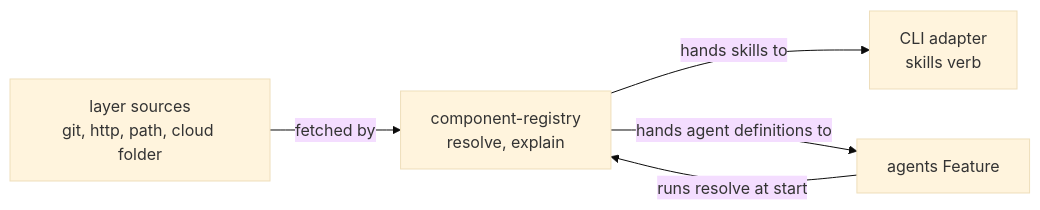
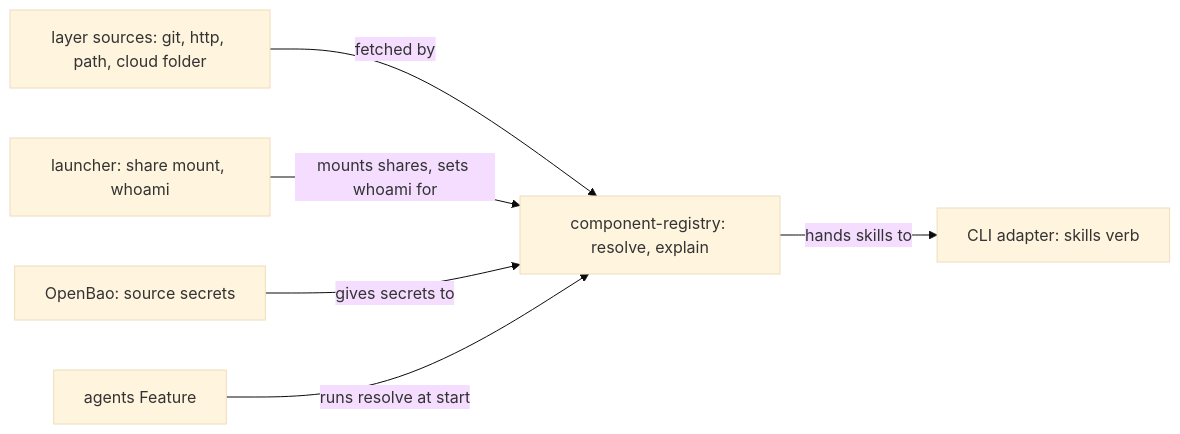
One commit to nabil-becker/devcontainer-features changed the second of 7 diagrams in docs/proposals/component-registry.md. Above: the diagram before and after it, drawn with Mermaid (base theme). The commit also changed other lines of this file and 2 other files, not shown here.

First line of the commit message:
docs(proposals): apply the architecture review and the Operator's rulings to the component registry (layered-skills-proposal)

````diff
--- a/docs/proposals/component-registry.md
+++ b/docs/proposals/component-registry.md
@@ -237,11 +326,14 @@
 ```mermaid
 flowchart LR
-  component-registry["component-registry<br/>resolve, explain"]
+  component-registry["component-registry: resolve, explain"]
   agents["agents Feature"]
-  adapter["CLI adapter<br/>skills verb"]
-  external-sources["layer sources<br/>git, http, path, cloud folder"]
+  adapter["CLI adapter: skills verb"]
+  launcher["launcher: share mount, whoami"]
+  openbao["OpenBao: source secrets"]
+  external-sources["layer sources: git, http, path, cloud folder"]
   external-sources -->|fetched by| component-registry
+  launcher -->|mounts shares, sets whoami for| component-registry
+  openbao -->|gives secrets to| component-registry
   agents -->|runs resolve at start| component-registry
   component-registry -->|hands skills to| adapter
-  component-registry -->|hands agent definitions to| agents
 ```
````
